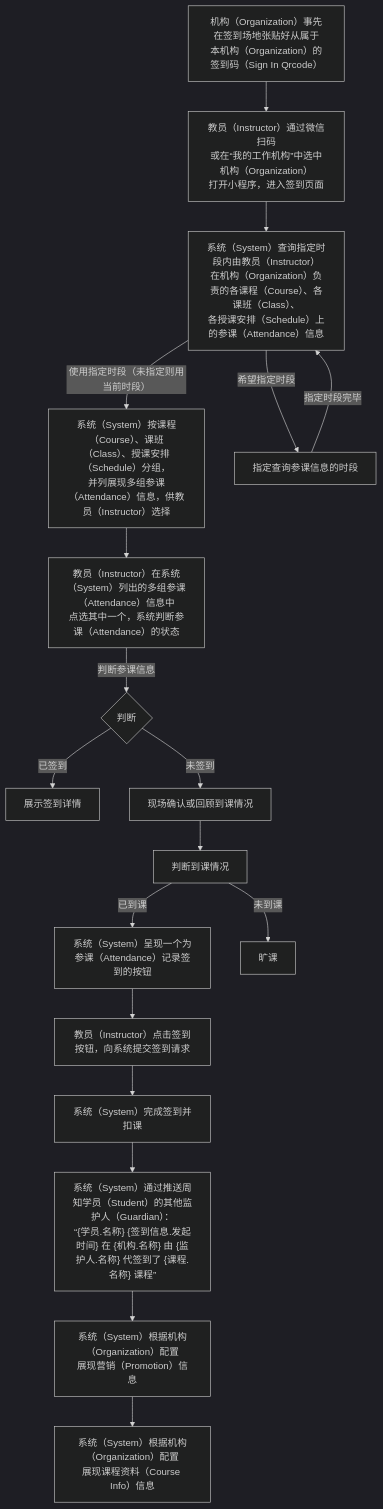
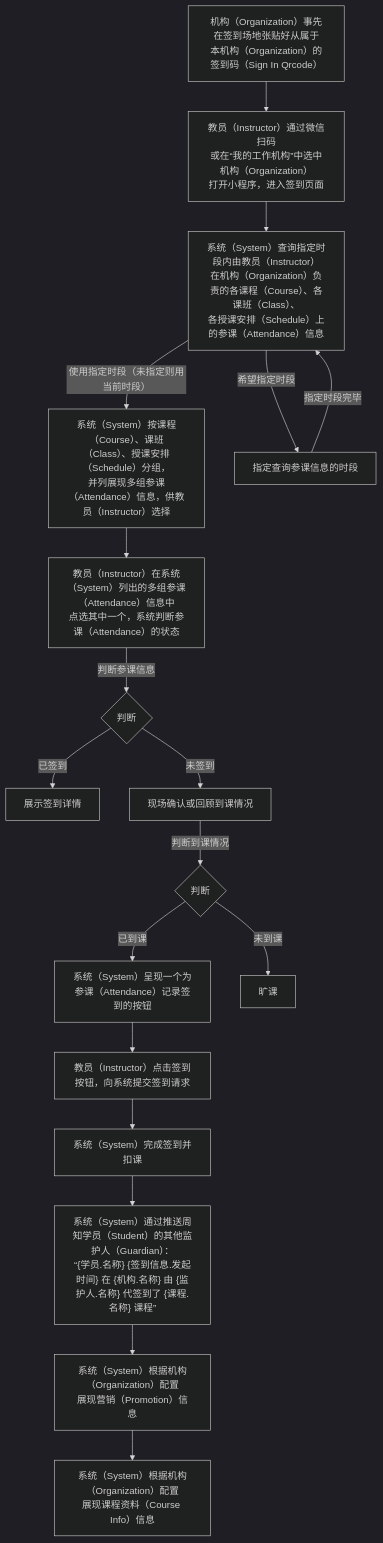
Before and after one commit to world-wide-web/sign: the third of 3 diagrams in 用例/签到.md, drawn with Mermaid (dark theme). The commit also changed other lines of this file, not shown here.

````diff
--- a/用例/签到.md
+++ b/用例/签到.md
@@ -82,47 +82,49 @@
 ```mermaid
 graph TD
 
 准备签到码-->扫描签到码
 扫描签到码-->列出负责的授课单元
 列出负责的授课单元--"使用指定时段（未指定则用当前时段）"-->展现授课单元下的参课信息
 列出负责的授课单元--希望指定时段-->指定查询参课信息的时段
 指定查询参课信息的时段--指定时段完毕-->列出负责的授课单元
 展现授课单元下的参课信息-->选择参课信息
 选择参课信息--判断参课信息-->判断参课信息
 判断参课信息--已签到-->展示签到详情
 判断参课信息--未签到-->现场确认或回顾到课情况
-现场确认或回顾到课情况-->判断到课情况
+现场确认或回顾到课情况--判断到课情况-->判断到课情况
 判断到课情况--已到课-->呈现签到按钮
 判断到课情况--未到课-->旷课
 呈现签到按钮-->提交签到请求
 提交签到请求-->签到扣课
 签到扣课-->周知签到情况
 周知签到情况-->展示营销信息
 展示营销信息-->展示课程资料
 
 准备签到码["<center>机构（Organization）事先在签到场地张贴好从属于<br>本机构（Organization）的签到码（Sign In Qrcode）</center>"]
 
 扫描签到码["<center>教员（Instructor）通过微信扫码<br>或在“我的工作机构”中选中机构（Organization）<br>打开小程序，进入签到页面</center>"]
 
 列出负责的授课单元["<center>系统（System）查询指定时段内由教员（Instructor）<br>在机构（Organization）负责的各课程（Course）、各课班（Class）、<br>各授课安排（Schedule）上的参课（Attendance）信息"]
 
 指定查询参课信息的时段
 
 展现授课单元下的参课信息["<center>系统（System）按课程（Course）、课班（Class）、授课安排（Schedule）分组，<br>并列展现多组参课（Attendance）信息，供教员（Instructor）选择</center>"]
 
 选择参课信息["<center>教员（Instructor）在系统（System）列出的多组参课（Attendance）信息中<br>点选其中一个，系统判断参课（Attendance）的状态</center>"]
 
 判断参课信息{"<center>判断</center>"}
 
+判断到课情况{"<center>判断</center>"}
+
 呈现签到按钮["<center>系统（System）呈现一个为参课（Attendance）记录签到的按钮</center>"]
 
 提交签到请求["<center>教员（Instructor）点击签到按钮，向系统提交签到请求</center>"]
 
 签到扣课["<center>系统（System）完成签到并扣课</center>"]
 
 周知签到情况["<center>系统（System）通过推送周知学员（Student）的其他监护人（Guardian）：<br>“{学员.名称} {签到信息.发起时间} 在 {机构.名称} 由 {监护人.名称} 代签到了 {课程.名称} 课程”</center>"]
 
 展示营销信息["<center>系统（System）根据机构（Organization）配置<br>展现营销（Promotion）信息</center>"]
 
 展示课程资料["<center>系统（System）根据机构（Organization）配置<br>展现课程资料（Course Info）信息</center>"]
 ```
````
